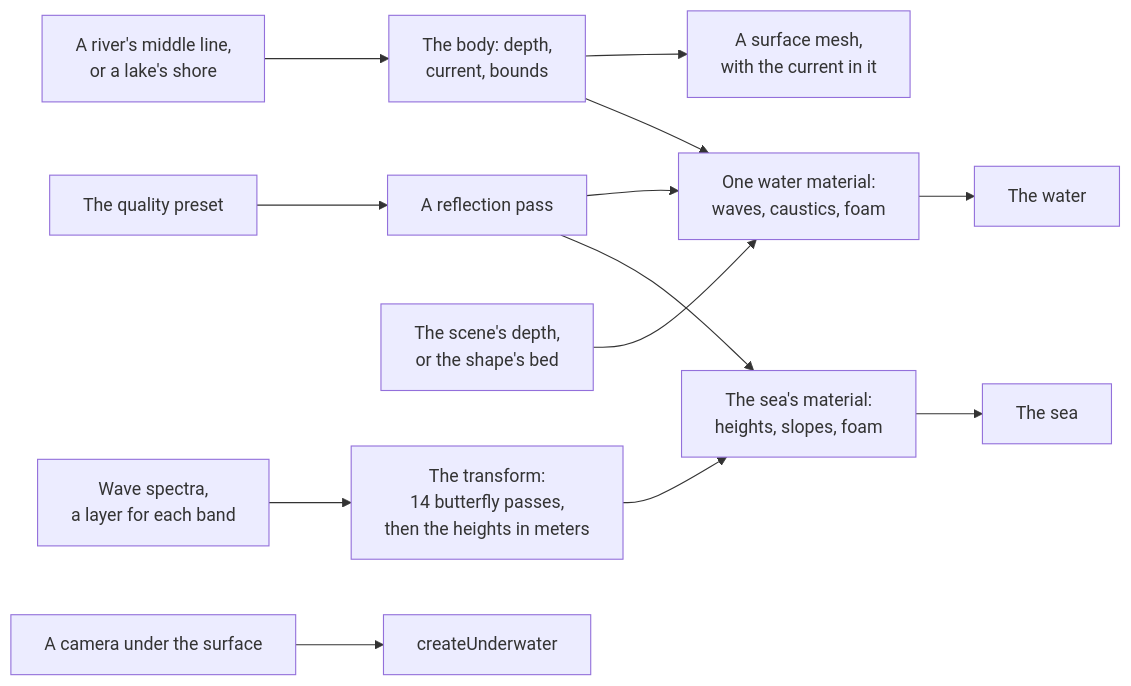
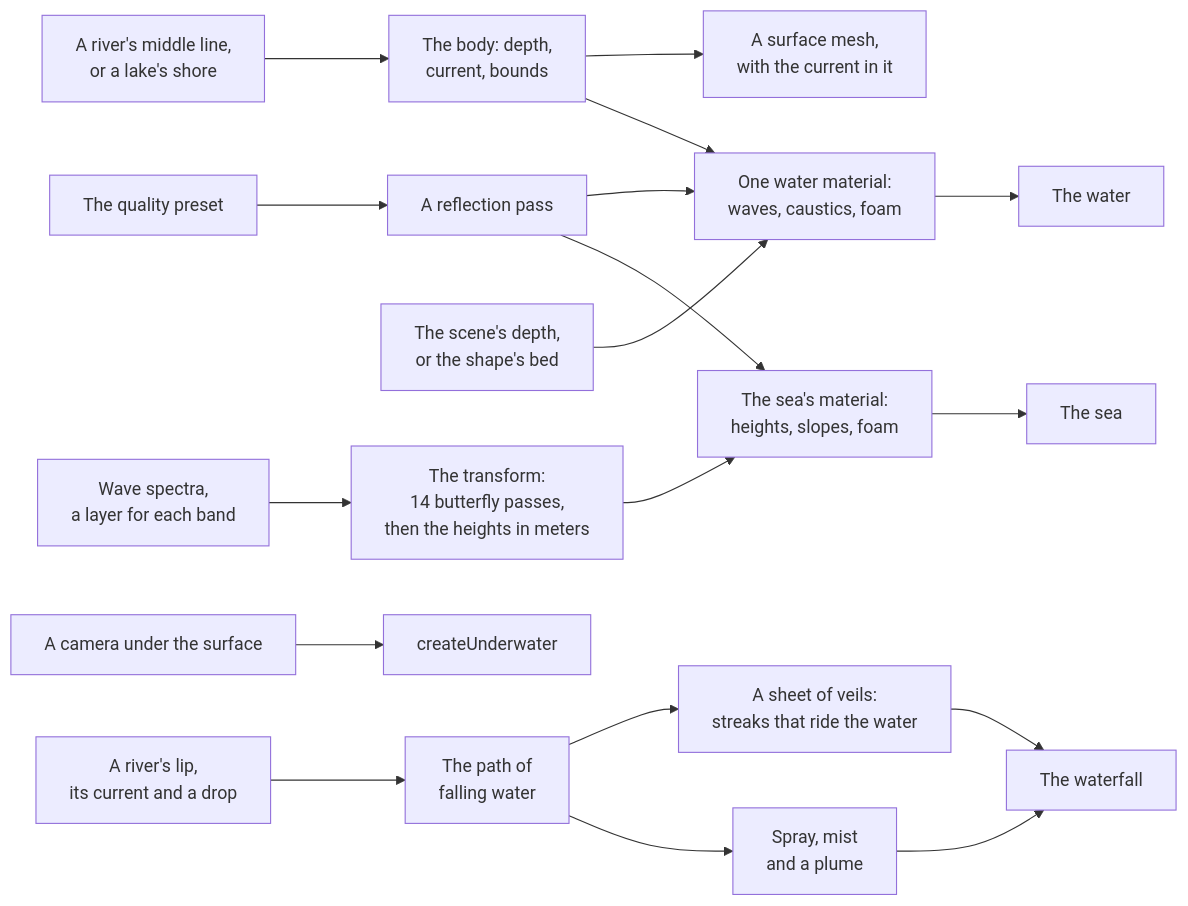
The diagram in docs/api/water.md (null3d-engine/null3d), drawn with Mermaid before and after one commit. The commit also changed other lines of this file and 12 other files, not shown here.

````diff
--- a/docs/api/water.md
+++ b/docs/api/water.md
@@ -13,15 +13,20 @@
 ```mermaid
 flowchart LR
     shape["A river's middle line,<br/>or a lake's shore"] --> body["The body: depth,<br/>current, bounds"]
     body --> mesh["A surface mesh,<br/>with the current in it"]
     body --> material["One water material:<br/>waves, caustics, foam"]
     mirror["A reflection pass"] --> material
     bed["The scene's depth,<br/>or the shape's bed"] --> material
     material --> screen["The water"]
     spectrum["Wave spectra,<br/>a layer for each band"] --> chain["The transform:<br/>14 butterfly passes,<br/>then the heights in meters"]
     chain --> sea["The sea's material:<br/>heights, slopes, foam"]
     mirror --> sea
     sea --> ocean["The sea"]
     preset["The quality preset"] --> mirror
     camera["A camera under the surface"] --> under["createUnderwater"]
+    lip["A river's lip,<br/>its current and a drop"] --> path["The path of<br/>falling water"]
+    path --> sheet["A sheet of veils:<br/>streaks that ride the water"]
+    path --> spray["Spray, mist<br/>and a plume"]
+    sheet --> fall["The waterfall"]
+    spray --> fall
 ```
````
